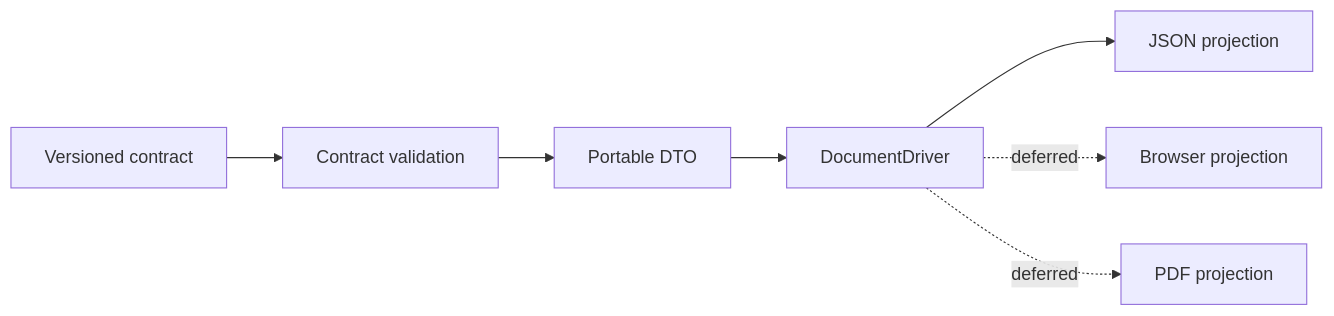
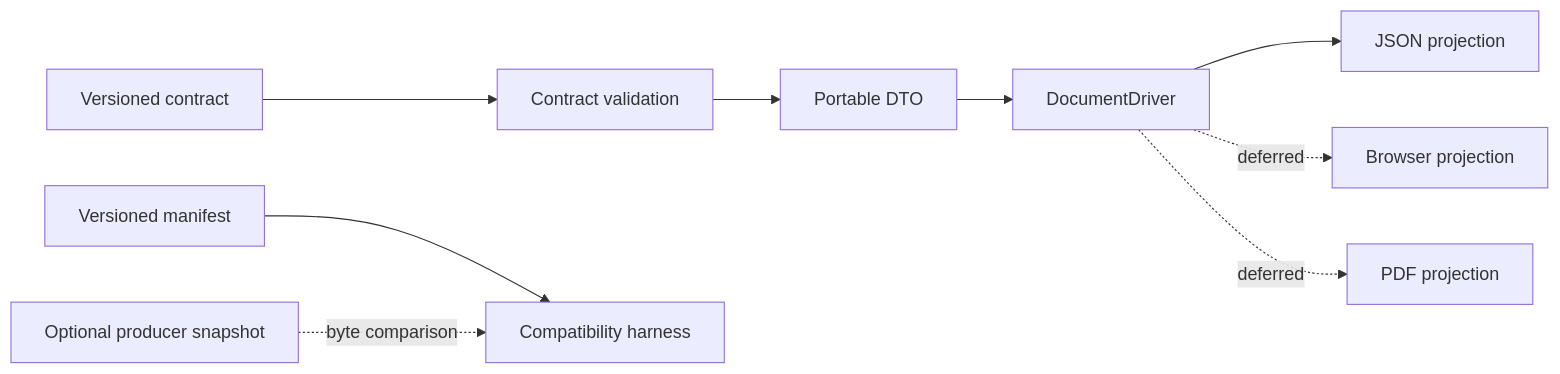
Before and after one commit to 3neti/x-document: the diagram in ARCHITECTURE.md, drawn with Mermaid. The commit also changed other lines of this file and 16 other files, not shown here.

Commit message:
feat: add x-document contract compatibility harness

````diff
--- a/ARCHITECTURE.md
+++ b/ARCHITECTURE.md
@@ -7,9 +7,11 @@
 ```mermaid
 flowchart LR
     C[Versioned contract] --> V[Contract validation]
     V --> D[Portable DTO]
     D --> I[DocumentDriver]
     I --> J[JSON projection]
     I -. deferred .-> B[Browser projection]
     I -. deferred .-> P[PDF projection]
+    M[Versioned manifest] --> H[Compatibility harness]
+    U[Optional producer snapshot] -. byte comparison .-> H
 ```
````
